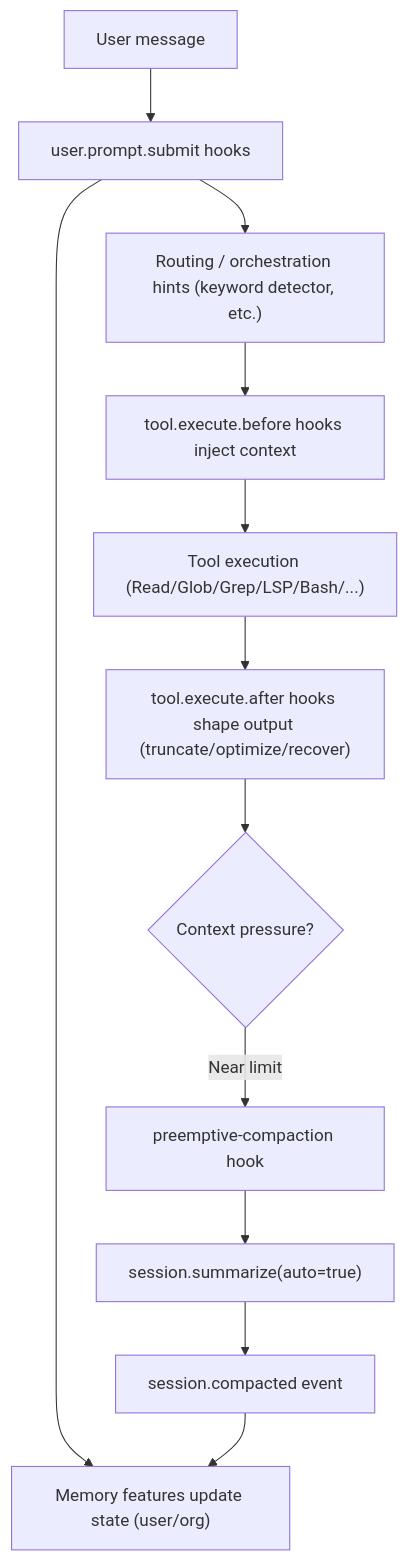
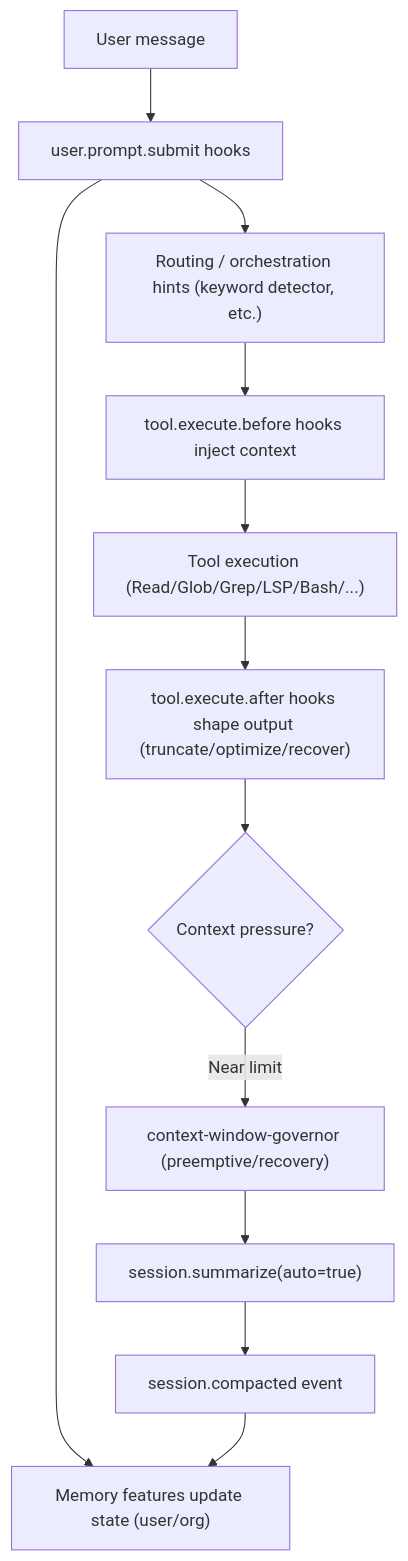
Before and after one commit to arcthur/oh-my-opencode: the diagram in docs/journeys/context-and-memory.md, drawn with Mermaid. The commit also changed other lines of this file and 61 other files, not shown here.

First line of the commit message:
refactor(hooks): unify context window governance under governor

````diff
--- a/docs/journeys/context-and-memory.md
+++ b/docs/journeys/context-and-memory.md
@@ -10,16 +10,16 @@
 ```mermaid
 flowchart TD
   U["User message"] --> UPS["user.prompt.submit hooks"]
   UPS --> MEM["Memory features update state (user/org)"]
   UPS --> ROUTE["Routing / orchestration hints (keyword detector, etc.)"]
 
   ROUTE --> PRE["tool.execute.before hooks inject context"]
   PRE --> TOOL["Tool execution (Read/Glob/Grep/LSP/Bash/...)"]
   TOOL --> POST["tool.execute.after hooks shape output (truncate/optimize/recover)"]
 
   POST --> LIM{"Context pressure?"}
-  LIM -->|Near limit| PC["preemptive-compaction hook"]
+  LIM -->|Near limit| PC["context-window-governor (preemptive/recovery)"]
   PC --> SUM["session.summarize(auto=true)"]
   SUM --> SC["session.compacted event"]
   SC --> MEM
 ```
````
